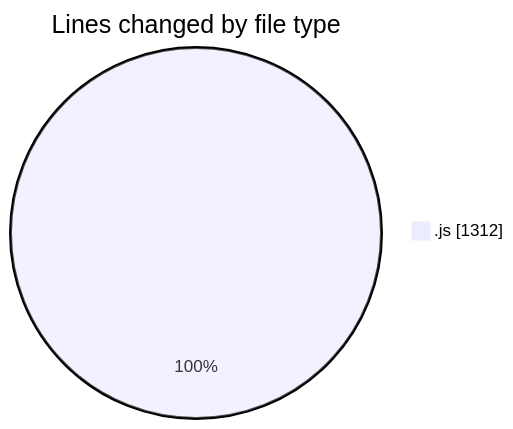
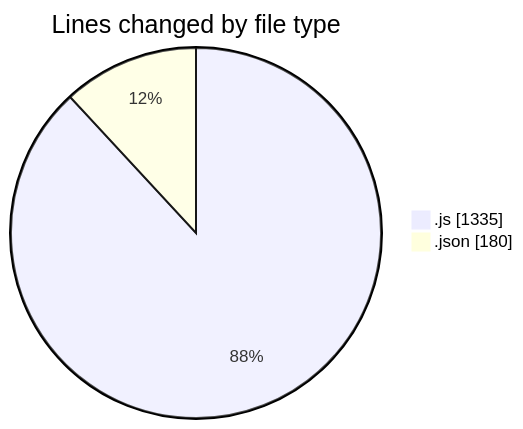
The first of 2 diagrams in 2025-08-03/javascript/README.md (Ritupan-Deka/code-tracking), drawn with Mermaid before and after one commit. The commit also changed other lines of this file and 1 other file, not shown here.

````diff
--- a/2025-08-03/javascript/README.md
+++ b/2025-08-03/javascript/README.md
@@ -20,5 +22,6 @@
 ```mermaid
 pie showData
 title Lines changed by file type
-".js" : 1312
+".js" : 1335
+".json" : 180
 ```
````
